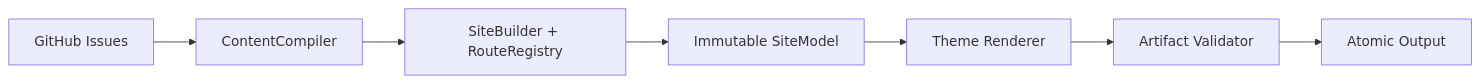
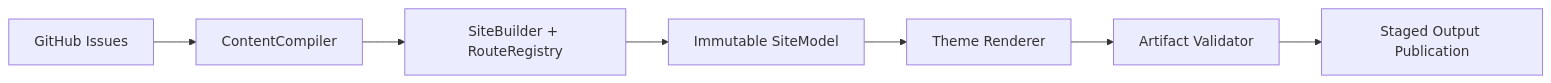
The diagram in README.md (geoqiao/escaping), drawn with Mermaid before and after one commit. The commit also changed other lines of this file and 130 other files, not shown here.

First line of the commit message:
Review cleanup: site identity, mobile navigation, and staged publication (#13)

````diff
--- a/README.md
+++ b/README.md
@@ -39,9 +39,9 @@
 ```mermaid
 flowchart LR
     A["GitHub Issues"] --> B["ContentCompiler"]
     B --> C["SiteBuilder + RouteRegistry"]
     C --> D["Immutable SiteModel"]
     D --> E["Theme Renderer"]
     E --> F["Artifact Validator"]
-    F --> G["Atomic Output"]
+    F --> G["Staged Output Publication"]
 ```
````
